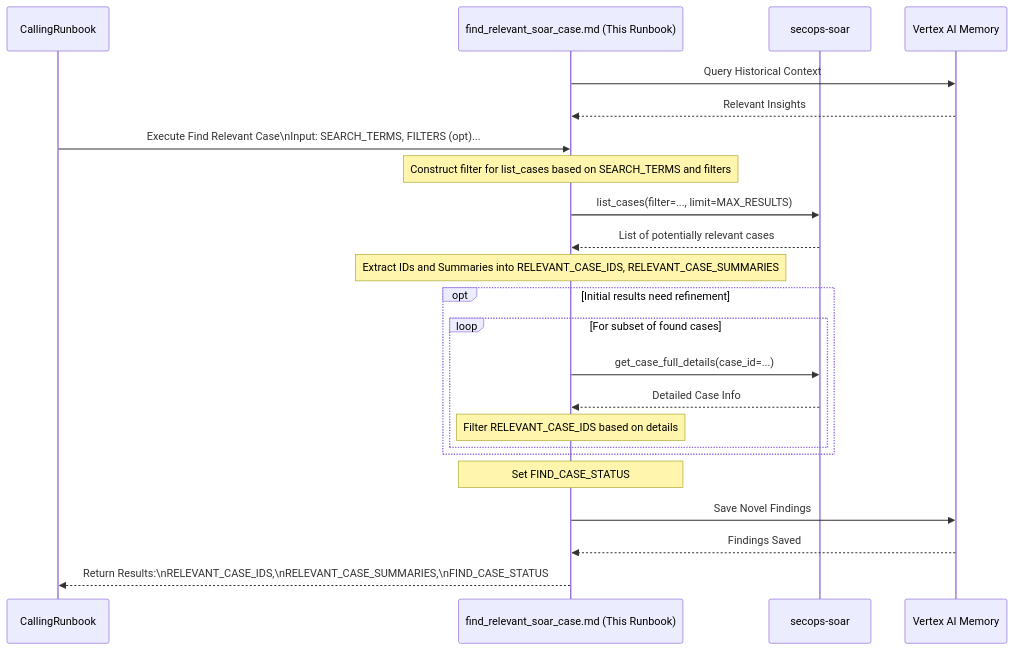
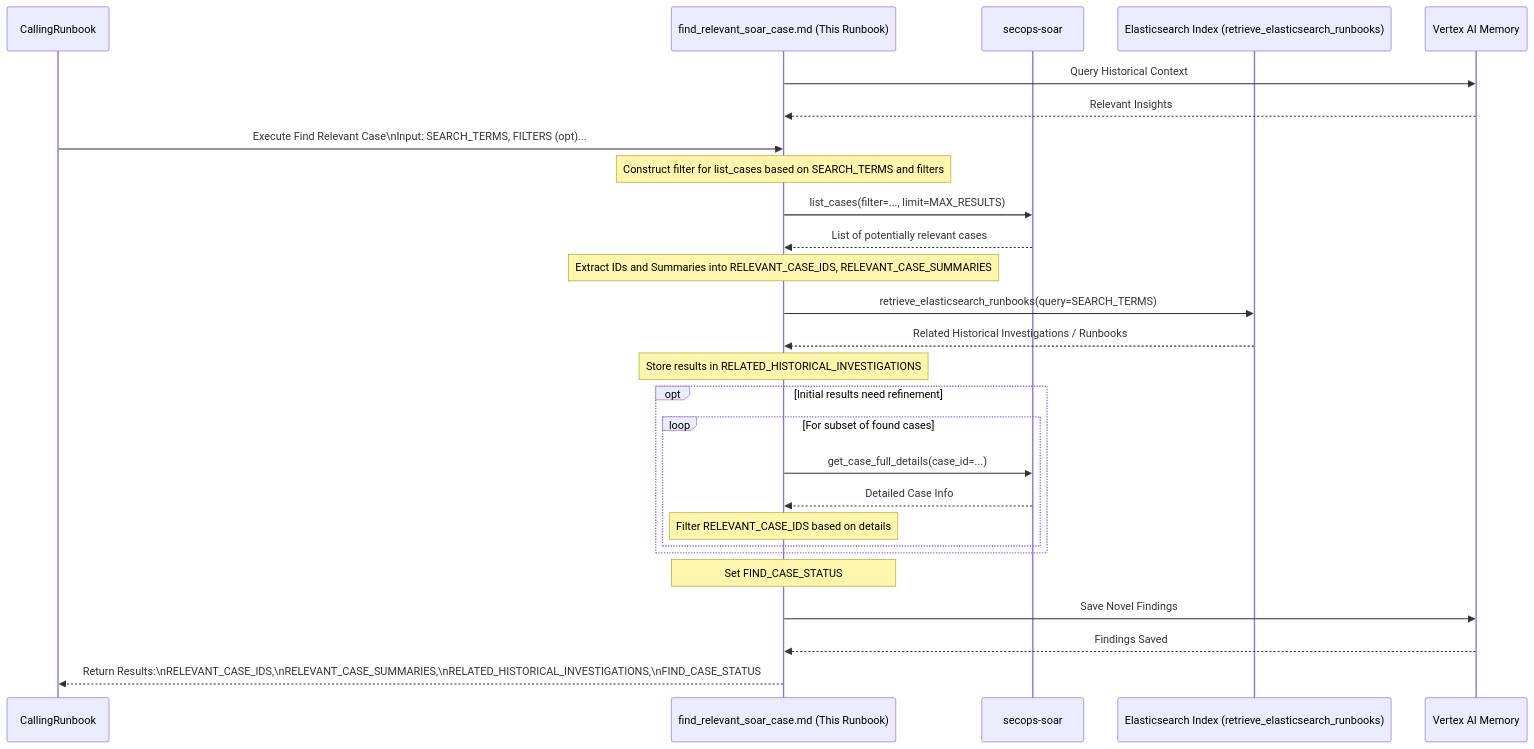
Before and after one commit to dandye/adk_runbooks: the diagram in rules-bank/run_books/common_steps/find_relevant_soar_case.md, drawn with Mermaid. The commit also changed other lines of this file and 2 other files, not shown here.

Commit message:
Update runbooks to support Elasticsearch search for related investigations

````diff
--- a/rules-bank/run_books/common_steps/find_relevant_soar_case.md
+++ b/rules-bank/run_books/common_steps/find_relevant_soar_case.md
@@ -49,41 +49,45 @@
 ```mermaid
 sequenceDiagram
     participant CallingRunbook
     participant FindCase as find_relevant_soar_case.md (This Runbook)
     participant SOAR as secops-soar
+    participant ES as Elasticsearch Index (retrieve_elasticsearch_runbooks)
     participant Memory as Vertex AI Memory
-
 
     %% Step: Query Memory Context
     FindCase->>Memory: Query Historical Context
     Memory-->>FindCase: Relevant Insights
     CallingRunbook->>FindCase: Execute Find Relevant Case\nInput: SEARCH_TERMS, FILTERS (opt)...
 
     %% Step 2: Construct Filter
     Note over FindCase: Construct filter for list_cases based on SEARCH_TERMS and filters
 
     %% Step 3: Execute Search
     FindCase->>SOAR: list_cases(filter=..., limit=MAX_RESULTS)
     SOAR-->>FindCase: List of potentially relevant cases
 
     %% Step 4: Process Results
     Note over FindCase: Extract IDs and Summaries into RELEVANT_CASE_IDS, RELEVANT_CASE_SUMMARIES
 
-    %% Step 5: Optional Refinement (Conceptual)
+    %% Step 5: Search Elasticsearch Index
+    FindCase->>ES: retrieve_elasticsearch_runbooks(query=SEARCH_TERMS)
+    ES-->>FindCase: Related Historical Investigations / Runbooks
+    Note over FindCase: Store results in RELATED_HISTORICAL_INVESTIGATIONS
+
+    %% Step 6: Optional Refinement (Conceptual)
     opt Initial results need refinement
         loop For subset of found cases
             FindCase->>SOAR: get_case_full_details(case_id=...)
             SOAR-->>FindCase: Detailed Case Info
             Note over FindCase: Filter RELEVANT_CASE_IDS based on details
         end
     end
 
-    %% Step 6: Return Results
+    %% Step 7: Return Results
     Note over FindCase: Set FIND_CASE_STATUS
 
     %% Step: Save Findings to Memory
     FindCase->>Memory: Save Novel Findings
     Memory-->>FindCase: Findings Saved
-    FindCase-->>CallingRunbook: Return Results:\nRELEVANT_CASE_IDS,\nRELEVANT_CASE_SUMMARIES,\nFIND_CASE_STATUS
-
+    FindCase-->>CallingRunbook: Return Results:\nRELEVANT_CASE_IDS,\nRELEVANT_CASE_SUMMARIES,\nRELATED_HISTORICAL_INVESTIGATIONS,\nFIND_CASE_STATUS
 ```
````
